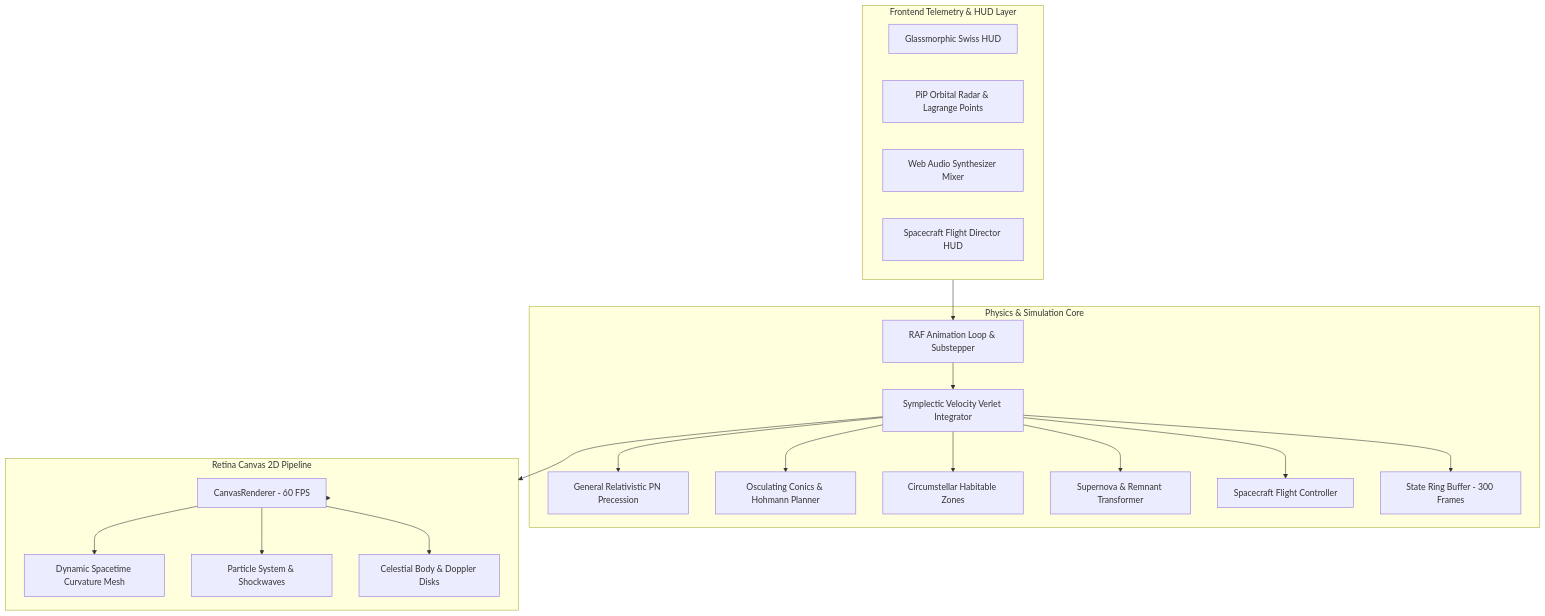
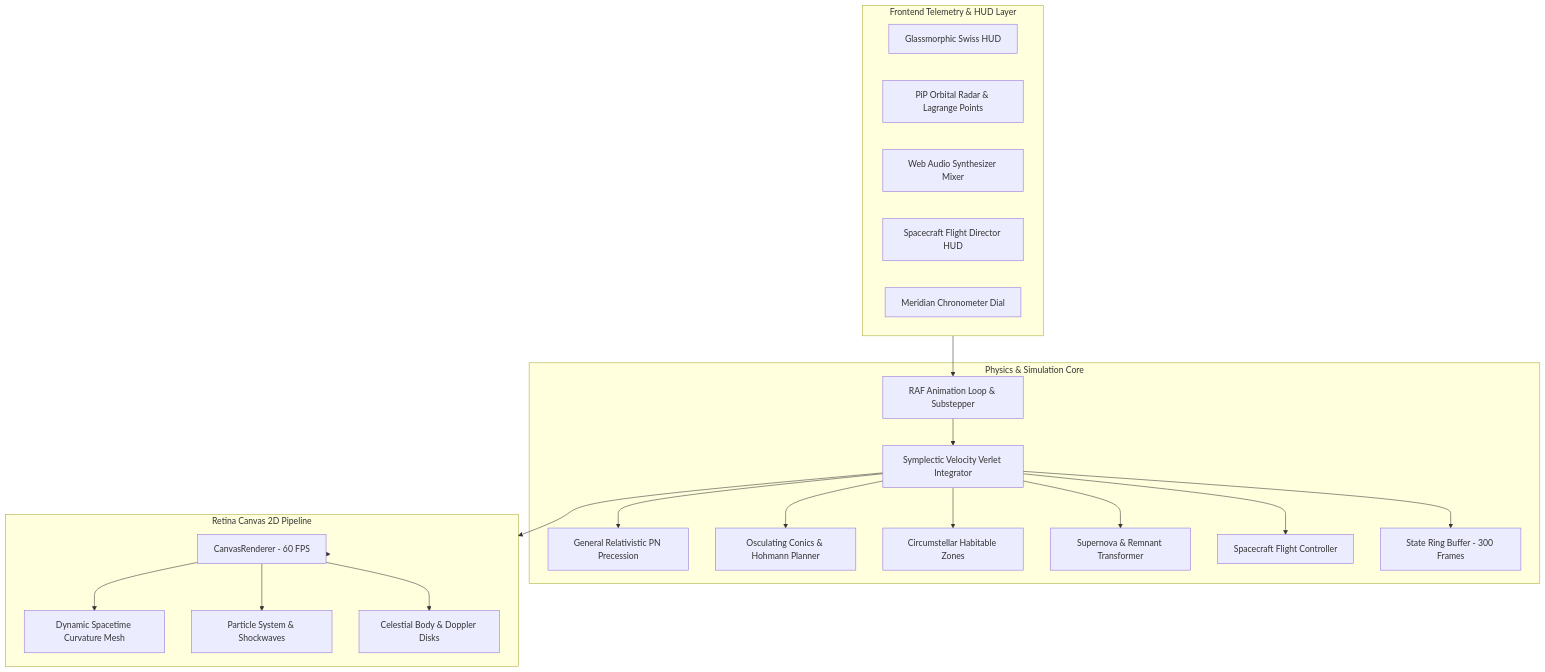
One commit to underratedgitter/Event-Horizon changed the diagram in README.md. Above: the diagram before and after it, drawn with Mermaid. The commit also changed other lines of this file and 7 other files, not shown here.

Commit message:
docs: add Meridian Chronometer showcase and high-res scenario gallery cards

````diff
--- a/README.md
+++ b/README.md
@@ -173,41 +251,42 @@
 ```mermaid
 flowchart TD
     subgraph UI_Layer [Frontend Telemetry & HUD Layer]
         HUD[Glassmorphic Swiss HUD]
         Radar[PiP Orbital Radar & Lagrange Points]
         AudioMixer[Web Audio Synthesizer Mixer]
         FlightHUD[Spacecraft Flight Director HUD]
+        Chrono[Meridian Chronometer Dial]
     end
 
     subgraph Core_Engine [Physics & Simulation Core]
         Clock[RAF Animation Loop & Substepper]
         Verlet[Symplectic Velocity Verlet Integrator]
         Precession[General Relativistic PN Precession]
         Conics[Osculating Conics & Hohmann Planner]
         Habitable[Circumstellar Habitable Zones]
         Supernova[Supernova & Remnant Transformer]
         Spacecraft[Spacecraft Flight Controller]
         RingBuffer[State Ring Buffer - 300 Frames]
     end
 
     subgraph Visual_Layer [Retina Canvas 2D Pipeline]
         Renderer[CanvasRenderer - 60 FPS]
         SpacetimeGrid[Dynamic Spacetime Curvature Mesh]
         Particles[Particle System & Shockwaves]
         BodyRenderer[Celestial Body & Doppler Disks]
     end
 
     UI_Layer --> Clock
     Clock --> Verlet
     Verlet --> Precession
     Verlet --> Conics
     Verlet --> Habitable
     Verlet --> Supernova
     Verlet --> Spacecraft
     Verlet --> RingBuffer
     Verlet --> Visual_Layer
     Visual_Layer --> Renderer
     Renderer --> SpacetimeGrid
     Renderer --> BodyRenderer
     Renderer --> Particles
 ```
````
